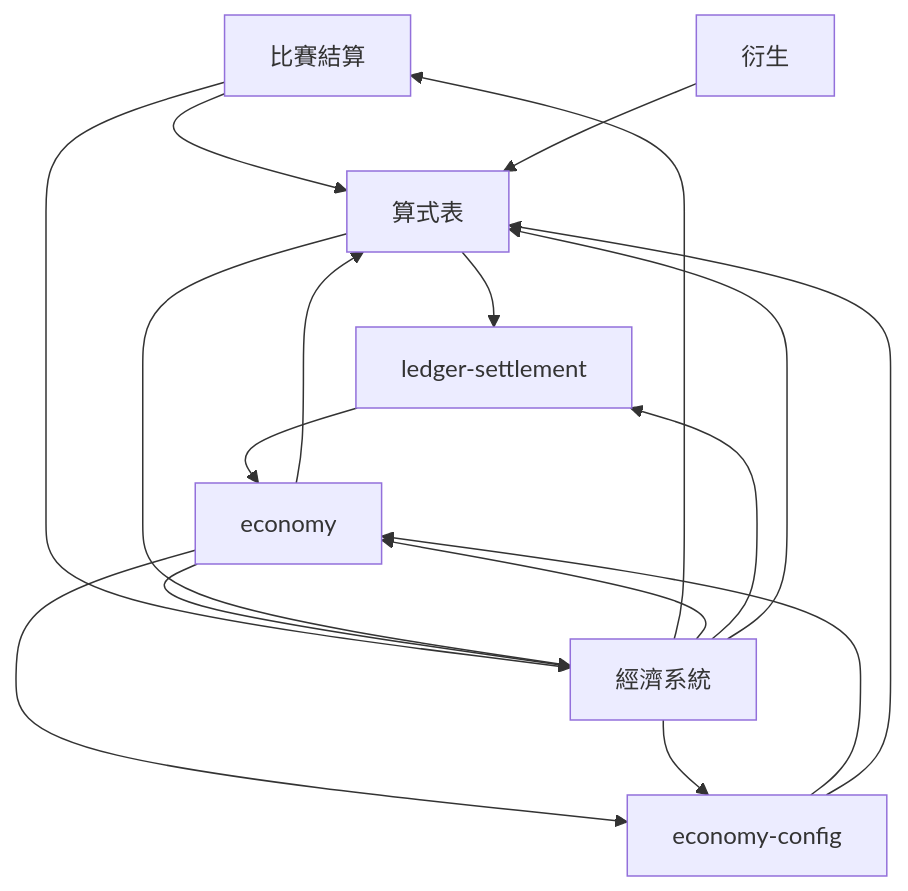
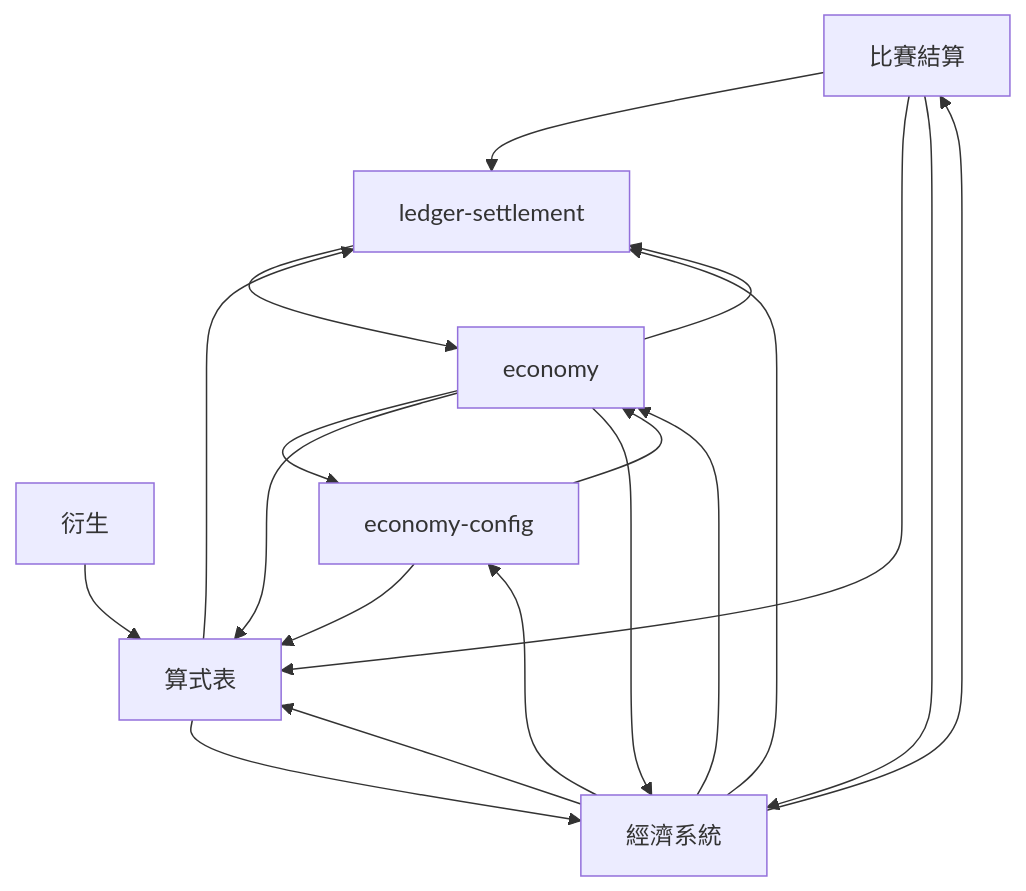
Before and after one commit to xjustloveux/open-4wd-specs: the second of 17 diagrams in docs-map.md, drawn with Mermaid. The commit also changed other lines of this file and 40 other files, not shown here.

````diff
--- a/docs-map.md
+++ b/docs-map.md
@@ -115,26 +116,28 @@
 ```mermaid
 flowchart TB
   n0["比賽結算"]
   n1["衍生"]
   n2["economy-config"]
   n3["economy"]
   n4["ledger-settlement"]
   n5["算式表"]
   n6["經濟系統"]
+  n0 --> n4
   n0 --> n5
   n0 --> n6
   n1 --> n5
   n2 --> n3
   n2 --> n5
   n3 --> n2
+  n3 --> n4
   n3 --> n5
   n3 --> n6
   n4 --> n3
   n5 --> n4
   n5 --> n6
   n6 --> n0
   n6 --> n2
   n6 --> n3
   n6 --> n4
   n6 --> n5
 ```
````
